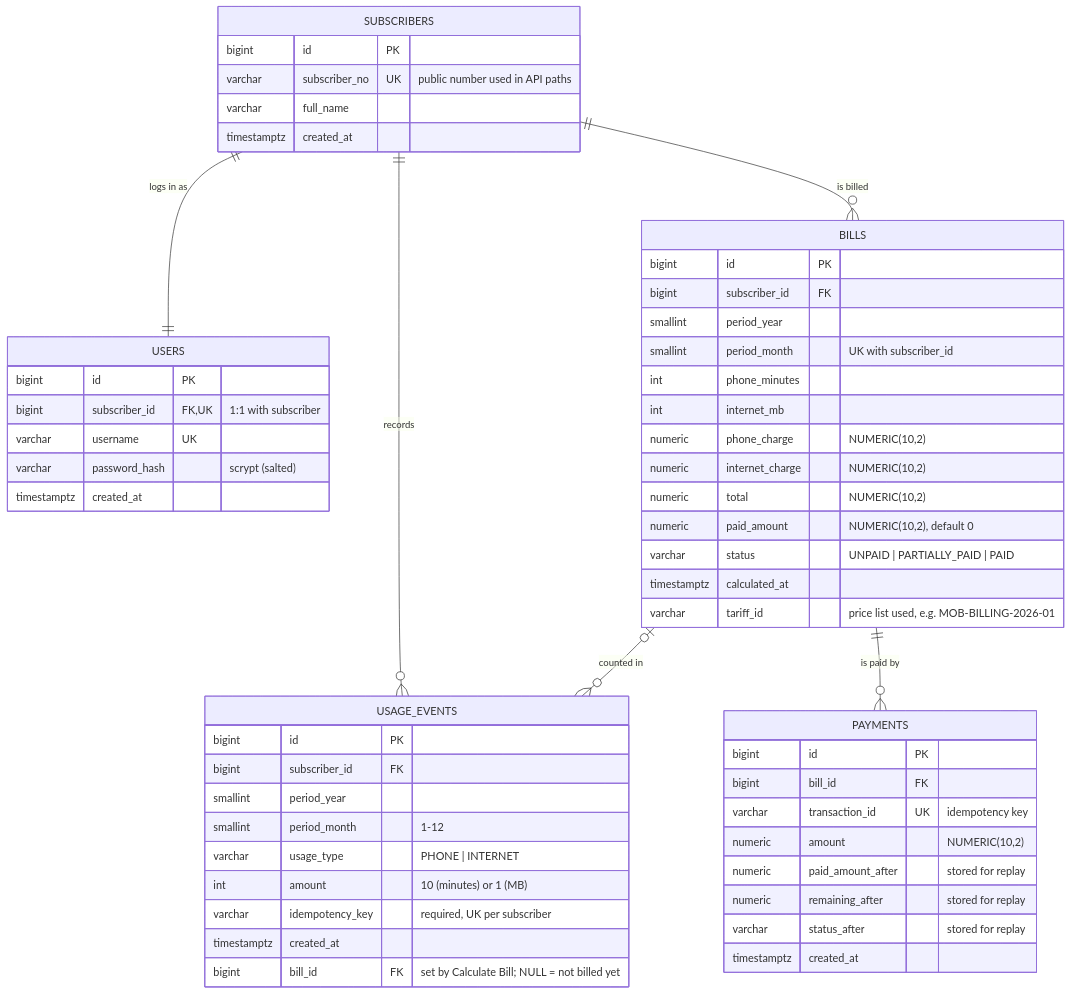
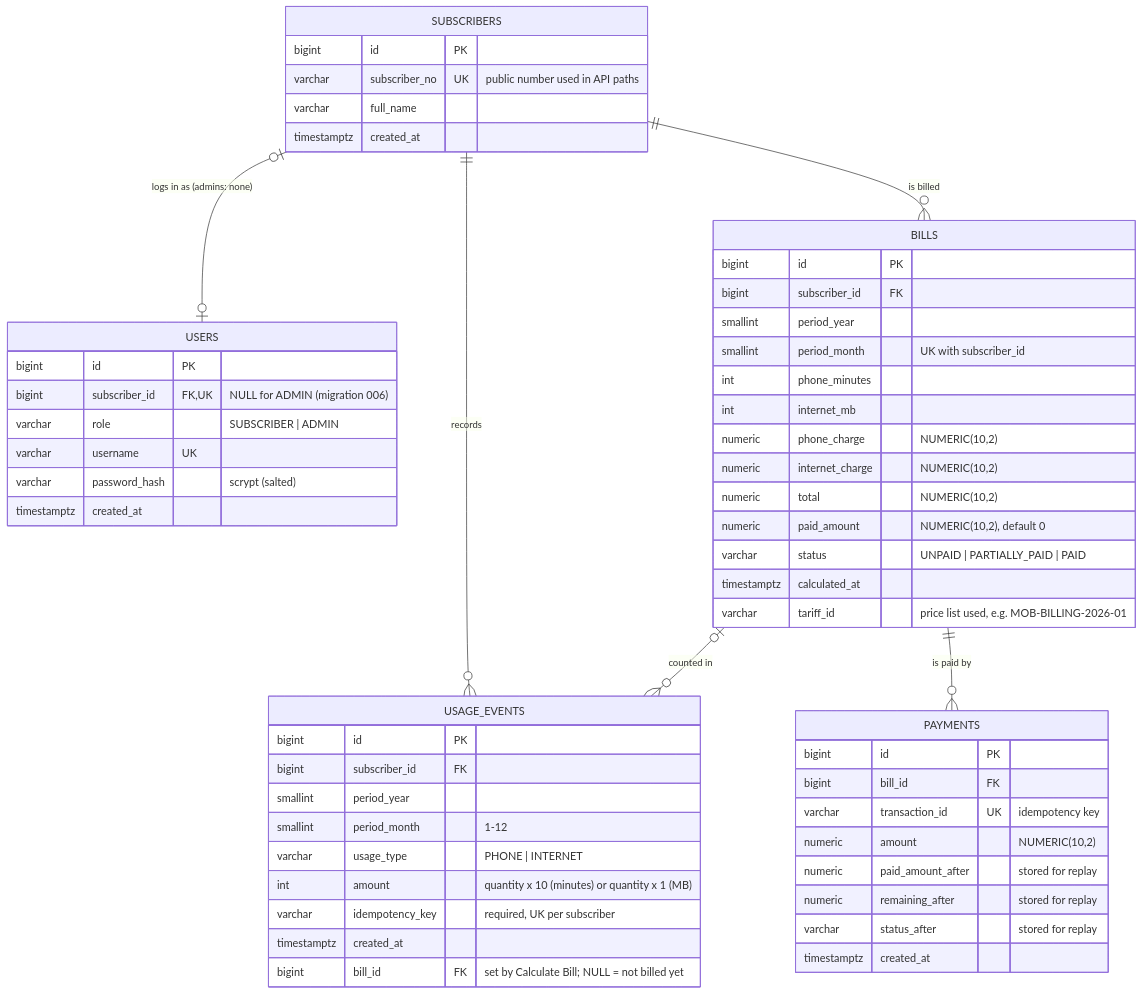
One commit to HawkOsm/se4458-midterm-billing-assistant changed the diagram in docs/data-model.md. Above: the diagram before and after it, drawn with Mermaid. The commit also changed other lines of this file and 1 other file, not shown here.

````diff
--- a/docs/data-model.md
+++ b/docs/data-model.md
@@ -14,58 +15,59 @@
 ```mermaid
 erDiagram
-    SUBSCRIBERS ||--|| USERS : "logs in as"
+    SUBSCRIBERS |o--o| USERS : "logs in as (admins: none)"
     SUBSCRIBERS ||--o{ USAGE_EVENTS : records
     SUBSCRIBERS ||--o{ BILLS : "is billed"
     BILLS ||--o{ PAYMENTS : "is paid by"
     BILLS |o--o{ USAGE_EVENTS : "counted in"
 
     SUBSCRIBERS {
         bigint id PK
         varchar subscriber_no UK "public number used in API paths"
         varchar full_name
         timestamptz created_at
     }
     USERS {
         bigint id PK
-        bigint subscriber_id FK,UK "1:1 with subscriber"
+        bigint subscriber_id FK,UK "NULL for ADMIN (migration 006)"
+        varchar role "SUBSCRIBER | ADMIN"
         varchar username UK
         varchar password_hash "scrypt (salted)"
         timestamptz created_at
     }
     USAGE_EVENTS {
         bigint id PK
         bigint subscriber_id FK
         smallint period_year
         smallint period_month "1-12"
         varchar usage_type "PHONE | INTERNET"
-        int amount "10 (minutes) or 1 (MB)"
+        int amount "quantity x 10 (minutes) or quantity x 1 (MB)"
         varchar idempotency_key "required, UK per subscriber"
         timestamptz created_at
         bigint bill_id FK "set by Calculate Bill; NULL = not billed yet"
     }
     BILLS {
         bigint id PK
         bigint subscriber_id FK
         smallint period_year
         smallint period_month "UK with subscriber_id"
         int phone_minutes
         int internet_mb
         numeric phone_charge "NUMERIC(10,2)"
         numeric internet_charge "NUMERIC(10,2)"
         numeric total "NUMERIC(10,2)"
         numeric paid_amount "NUMERIC(10,2), default 0"
         varchar status "UNPAID | PARTIALLY_PAID | PAID"
         timestamptz calculated_at
         varchar tariff_id "price list used, e.g. MOB-BILLING-2026-01"
     }
     PAYMENTS {
         bigint id PK
         bigint bill_id FK
         varchar transaction_id UK "idempotency key"
         numeric amount "NUMERIC(10,2)"
         numeric paid_amount_after "stored for replay"
         numeric remaining_after "stored for replay"
         varchar status_after "stored for replay"
         timestamptz created_at
     }
 ```
````
